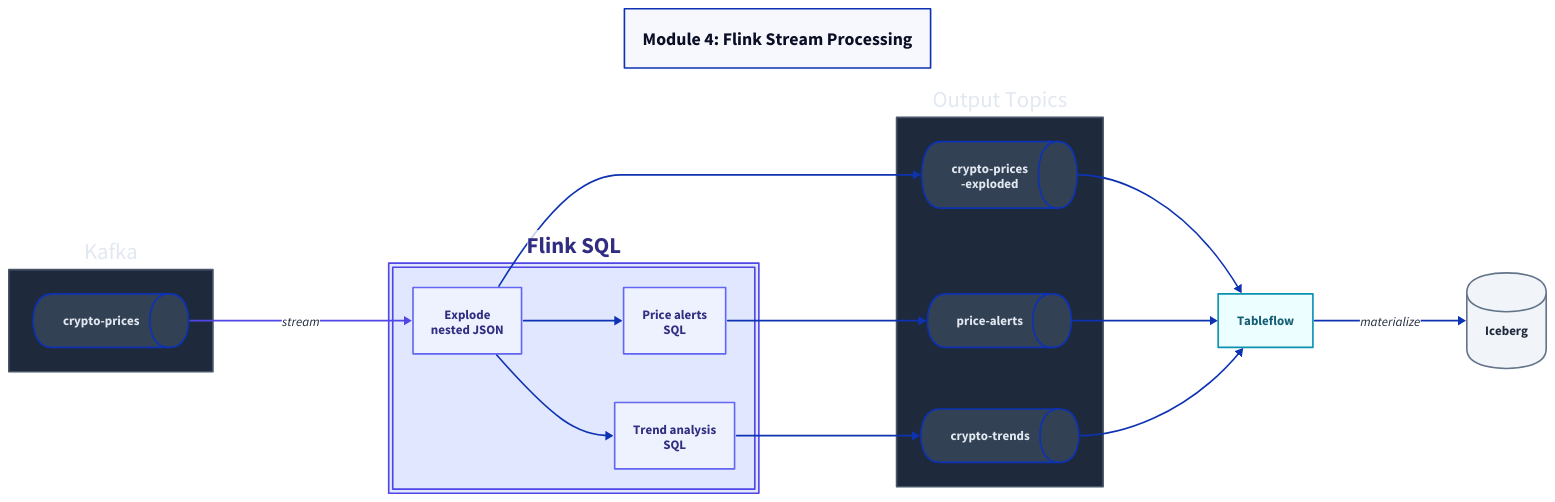
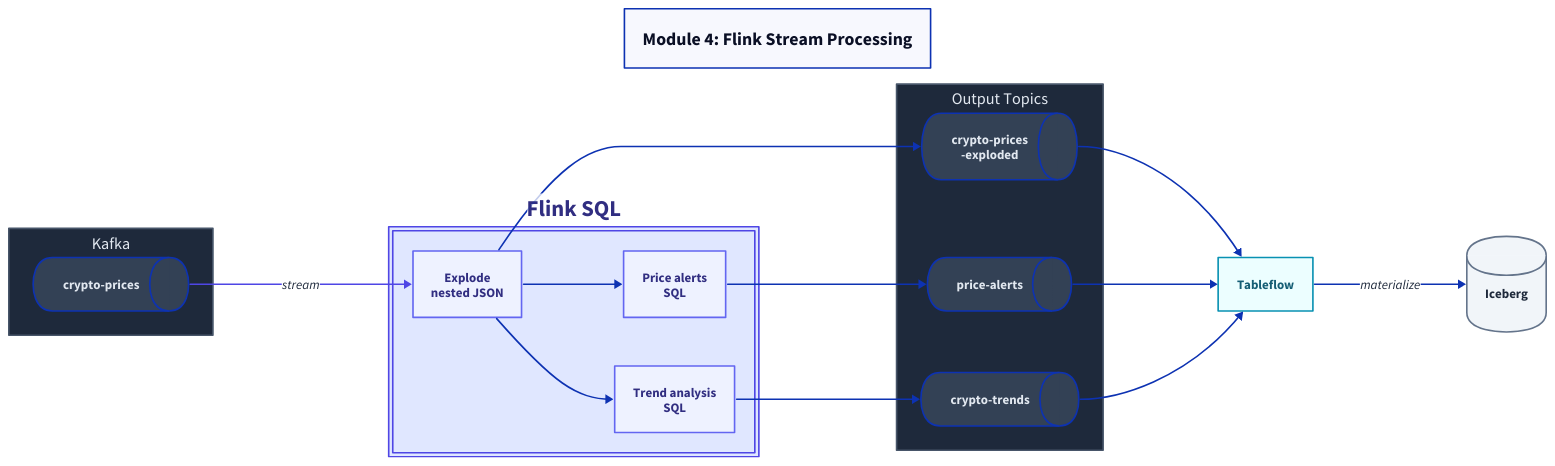
Before and after one commit to gAmUssA/gamussa.github.com: the diagram in diagrams/module4-flink.d2, drawn with D2. The commit also changed 7 other files, not shown here.

Commit message:
fix(diagrams): Keep headings inside dark containers

```diff
--- a/diagrams/module4-flink.d2
+++ b/diagrams/module4-flink.d2
@@ -1,101 +1,105 @@
 direction: right
 
 title: {
   label: "Module 4: Flink Stream Processing"
   style.font-size: 22
   style.bold: true
   near: top-center
 }
 
 kafka: Kafka {
+  label.near: top-center
+  style.font-size: 20
   style.fill: "#1e293b"
   style.stroke: "#475569"
   style.font-color: "#e2e8f0"
 
   input: crypto-prices {
     shape: queue
     style.fill: "#334155"
     style.font-color: "#e2e8f0"
     style.bold: true
   }
 }
 
 flink: Flink SQL {
   style.fill: "#e0e7ff"
   style.stroke: "#4F46E5"
   style.font-color: "#312e81"
   style.bold: true
   style.double-border: true
 
   explode: Explode\nnested JSON {
     style.fill: "#eef2ff"
     style.stroke: "#6366f1"
     style.font-color: "#312e81"
   }
   alerts_q: Price alerts\nSQL {
     style.fill: "#eef2ff"
     style.stroke: "#6366f1"
     style.font-color: "#312e81"
   }
   trends_q: Trend analysis\nSQL {
     style.fill: "#eef2ff"
     style.stroke: "#6366f1"
     style.font-color: "#312e81"
   }
 }
 
 output: Output Topics {
+  label.near: top-center
+  style.font-size: 20
   style.fill: "#1e293b"
   style.stroke: "#475569"
   style.font-color: "#e2e8f0"
 
   exploded: crypto-prices\n-exploded {
     shape: queue
     style.fill: "#334155"
     style.font-color: "#e2e8f0"
   }
   alerts: price-alerts {
     shape: queue
     style.fill: "#334155"
     style.font-color: "#e2e8f0"
   }
   trends: crypto-trends {
     shape: queue
     style.fill: "#334155"
     style.font-color: "#e2e8f0"
   }
 }
 
 tableflow: Tableflow {
   style.fill: "#ecfeff"
   style.stroke: "#0891b2"
   style.font-color: "#155e75"
   style.bold: true
 }
 
 iceberg: Iceberg {
   shape: cylinder
   style.fill: "#f1f5f9"
   style.stroke: "#64748b"
   style.font-color: "#1e293b"
 }
 
 kafka.input -> flink.explode: stream {
   style.stroke: "#4F46E5"
   style.font-color: "#1e293b"
 }
 flink.explode -> output.exploded
 flink.explode -> flink.alerts_q
 flink.explode -> flink.trends_q
 flink.alerts_q -> output.alerts {
   style.font-color: "#1e293b"
 }
 flink.trends_q -> output.trends {
   style.font-color: "#1e293b"
 }
 output.exploded -> tableflow
 output.alerts -> tableflow
 output.trends -> tableflow
 tableflow -> iceberg: materialize {
   style.font-color: "#1e293b"
 }
```
